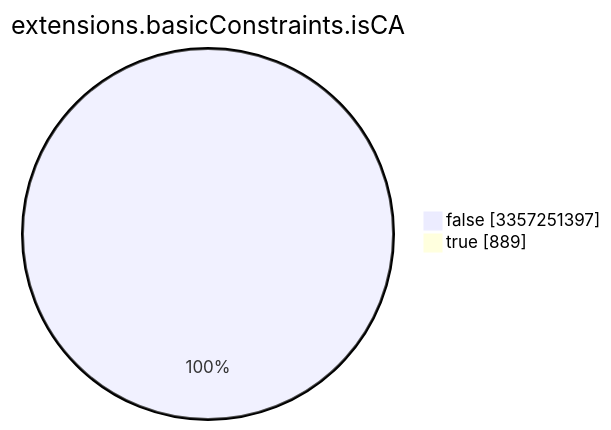
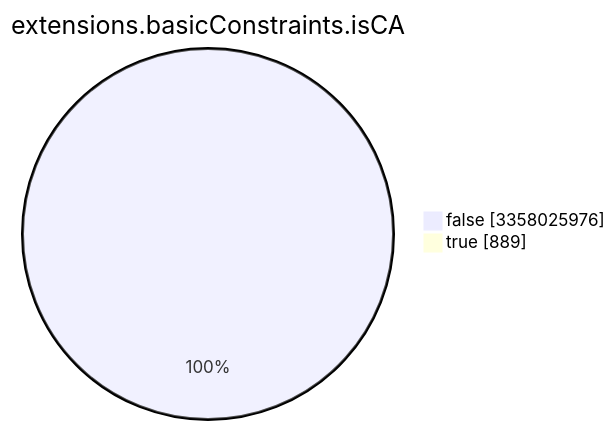
Before and after one commit to christiankrug/ctmonitor_visualization: the seventh of 15 diagrams in TOTAL/README.md, drawn with Mermaid. The commit also changed other lines of this file, not shown here.

````diff
--- a/TOTAL/README.md
+++ b/TOTAL/README.md
@@ -3090,6 +3090,6 @@
 ```mermaid
 pie showData
 title extensions.basicConstraints.isCA
-"false" :3357251397
+"false" :3358025976
 "true" :889
 ```
````
